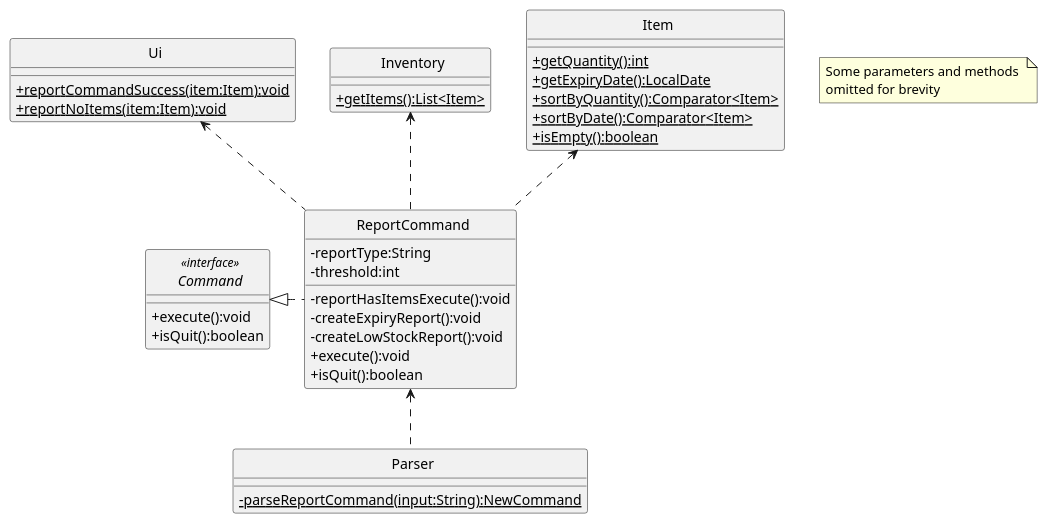
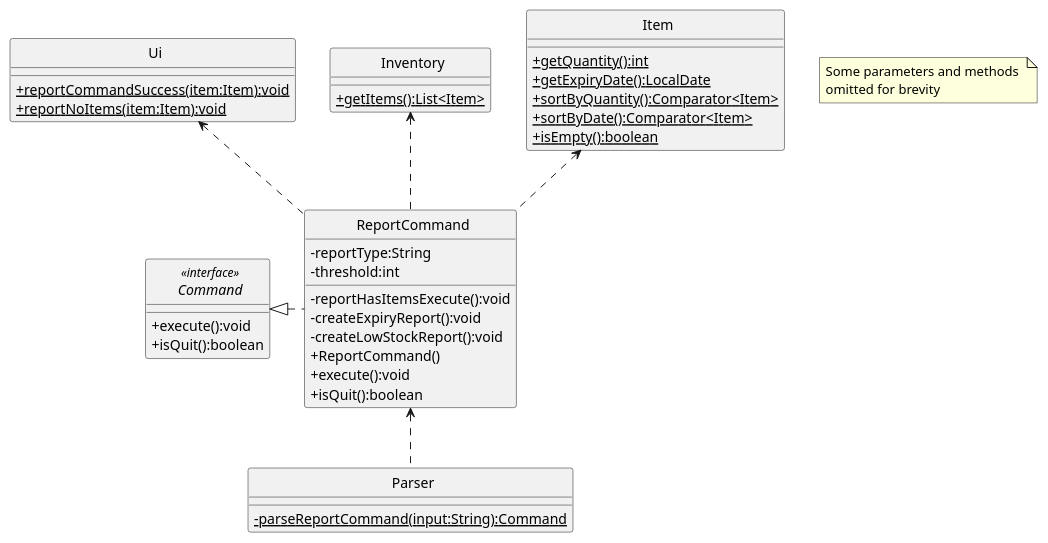
The first of 2 diagrams in docs/uml-diagrams/ReportCommand.puml (rismm/tp), drawn with PlantUML before and after one commit. The commit also changed 31 other files, not shown here.

Commit message:
Add Revenue and Profit UML, Edit return type in other Command UMLs

```diff
--- a/docs/uml-diagrams/ReportCommand.puml
+++ b/docs/uml-diagrams/ReportCommand.puml
@@ -1,57 +1,58 @@
 @startuml
 'https://plantuml.com/class-diagram
 skinparam classAttributeIconSize 0
 skinparam CircledCharacterFontSize 0
 skinparam CircledCharacterRadius 0
 
 interface Command
 class Ui
 class Inventory
 class Item
 class ReportCommand
 class Parser
 
 ReportCommand <.. Parser
 Command <|. ReportCommand
 Ui <.. ReportCommand
 Inventory <.. ReportCommand
 Item <.. ReportCommand
 
 interface Command <<interface>> {
     +execute():void
     +isQuit():boolean
 }
 
 class ReportCommand {
     -reportType:String
     -threshold:int
     -reportHasItemsExecute():void
     -createExpiryReport():void
     -createLowStockReport():void
+    +ReportCommand()
     +execute():void
     +isQuit():boolean
 }
 
 class Item {
     {static}+getQuantity():int
     {static}+getExpiryDate():LocalDate
     {static}+sortByQuantity():Comparator<Item>
     {static}+sortByDate():Comparator<Item>
     {static}+isEmpty():boolean
 }
 
 class Parser {
-    {static}-parseReportCommand(input:String):NewCommand
+    {static}-parseReportCommand(input:String):Command
 }
 
 class Inventory {
     {static}+getItems():List<Item>
 }
 
 class Ui {
     {static}+reportCommandSuccess(item:Item):void
     {static}+reportNoItems(item:Item):void
 }
 
 note "Some parameters and methods \nomitted for brevity" as n1
 @enduml
```
